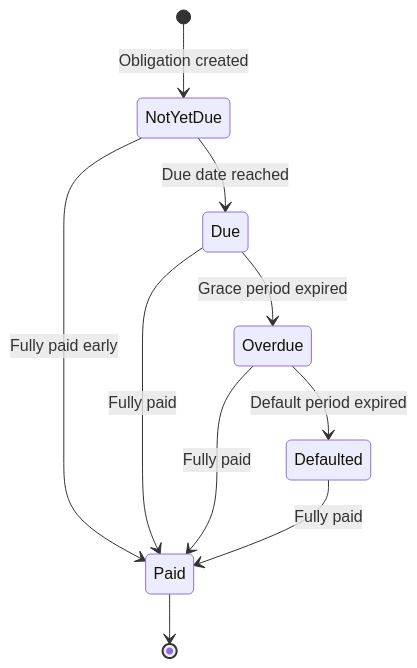
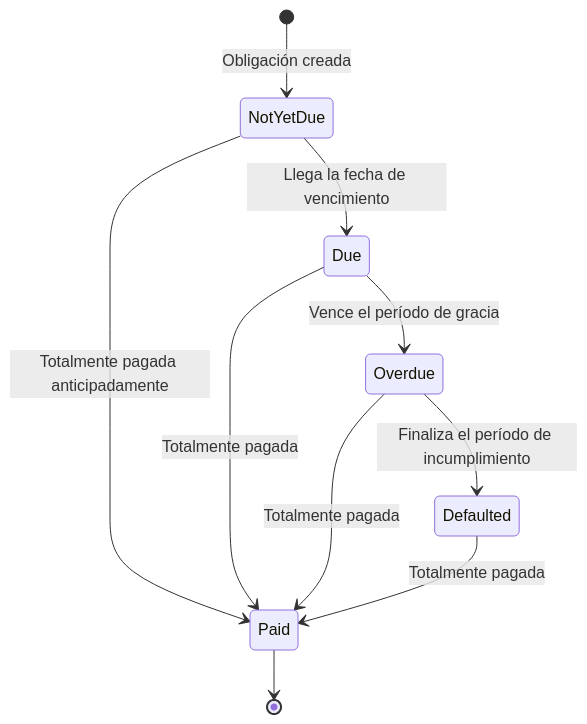
One commit to GaloyMoney/lana-bank changed the diagram in docs-site/i18n/es/docusaurus-plugin-content-docs/current/technical-documentation/credit/obligation.md. Above: the diagram before and after it, drawn with Mermaid. The commit also changed other lines of this file and 6 other files, not shown here.

````diff
--- a/docs-site/i18n/es/docusaurus-plugin-content-docs/current/technical-documentation/credit/obligation.md
+++ b/docs-site/i18n/es/docusaurus-plugin-content-docs/current/technical-documentation/credit/obligation.md
@@ -48,12 +48,12 @@
 ```mermaid
 stateDiagram-v2
-    [*] --> NotYetDue: Obligation created
-    NotYetDue --> Due: Due date reached
-    NotYetDue --> Paid: Fully paid early
-    Due --> Overdue: Grace period expired
-    Due --> Paid: Fully paid
-    Overdue --> Defaulted: Default period expired
-    Overdue --> Paid: Fully paid
-    Defaulted --> Paid: Fully paid
+    [*] --> NotYetDue: Obligación creada
+    NotYetDue --> Due: Llega la fecha de vencimiento
+    NotYetDue --> Paid: Totalmente pagada anticipadamente
+    Due --> Overdue: Vence el período de gracia
+    Due --> Paid: Totalmente pagada
+    Overdue --> Defaulted: Finaliza el período de incumplimiento
+    Overdue --> Paid: Totalmente pagada
+    Defaulted --> Paid: Totalmente pagada
     Paid --> [*]
 ```
````
